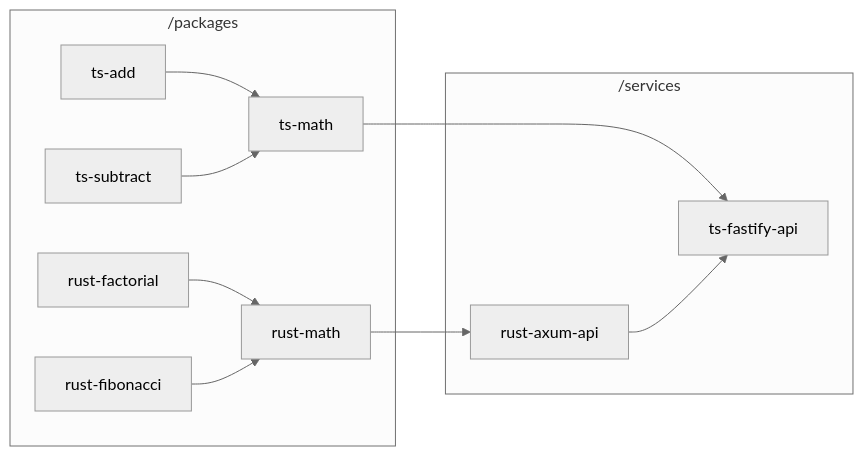
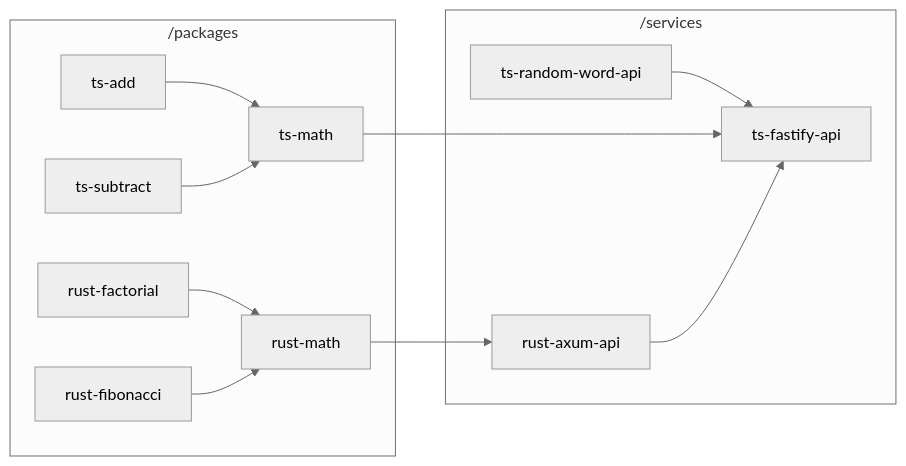
The diagram in README.md (s2lsoftener/ts-rust-monorepo), drawn with Mermaid (neutral theme) before and after one commit. The commit also changed other lines of this file and 8 other files, not shown here.

````diff
--- a/README.md
+++ b/README.md
@@ -47,25 +46,28 @@
 ```mermaid
 flowchart LR
     subgraph ts1["/packages"]
         A[ts-add]
         B[ts-subtract]
         C[ts-math]
         A --> C
         B --> C
 
         D[rust-factorial]
         E[rust-fibonacci]
         F[rust-math]
         D --> F
         E --> F
     end
 
     subgraph services["/services"]
         G[rust-axum-api]
         F --> G
 
+        I[ts-random-word-api]
+        I --> H
+
         H[ts-fastify-api]
         C --> H
         G --> H
     end
 ```
````
